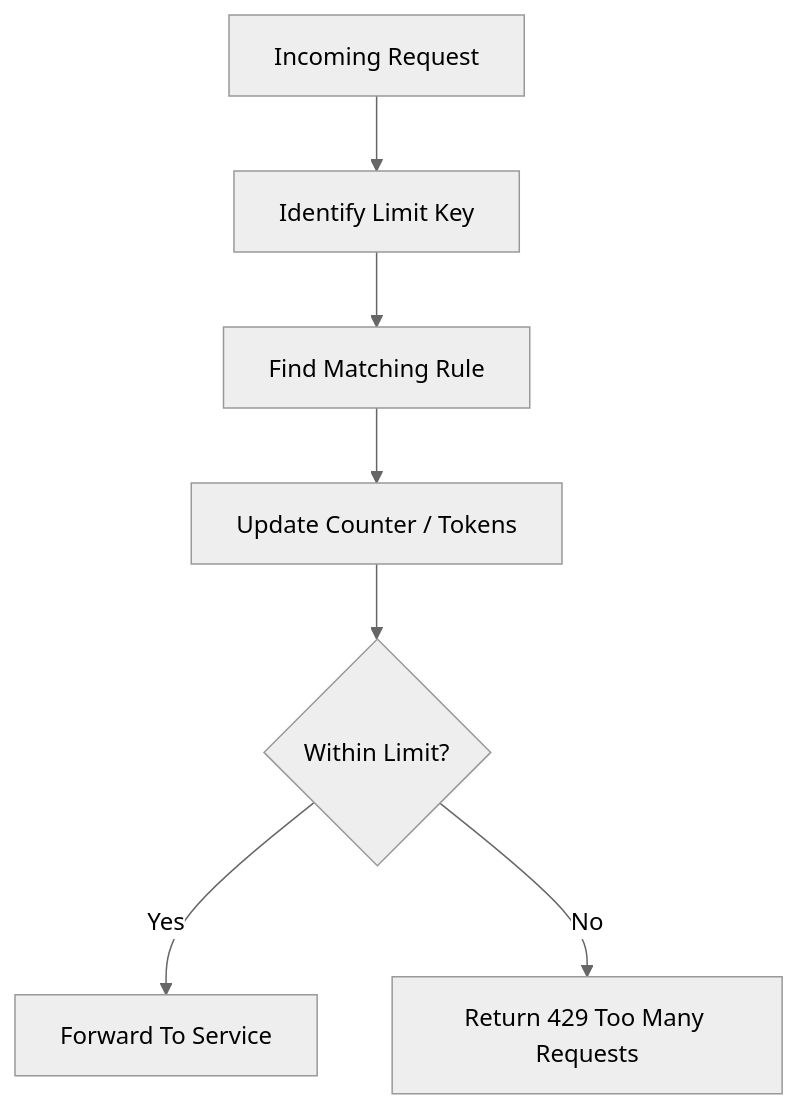
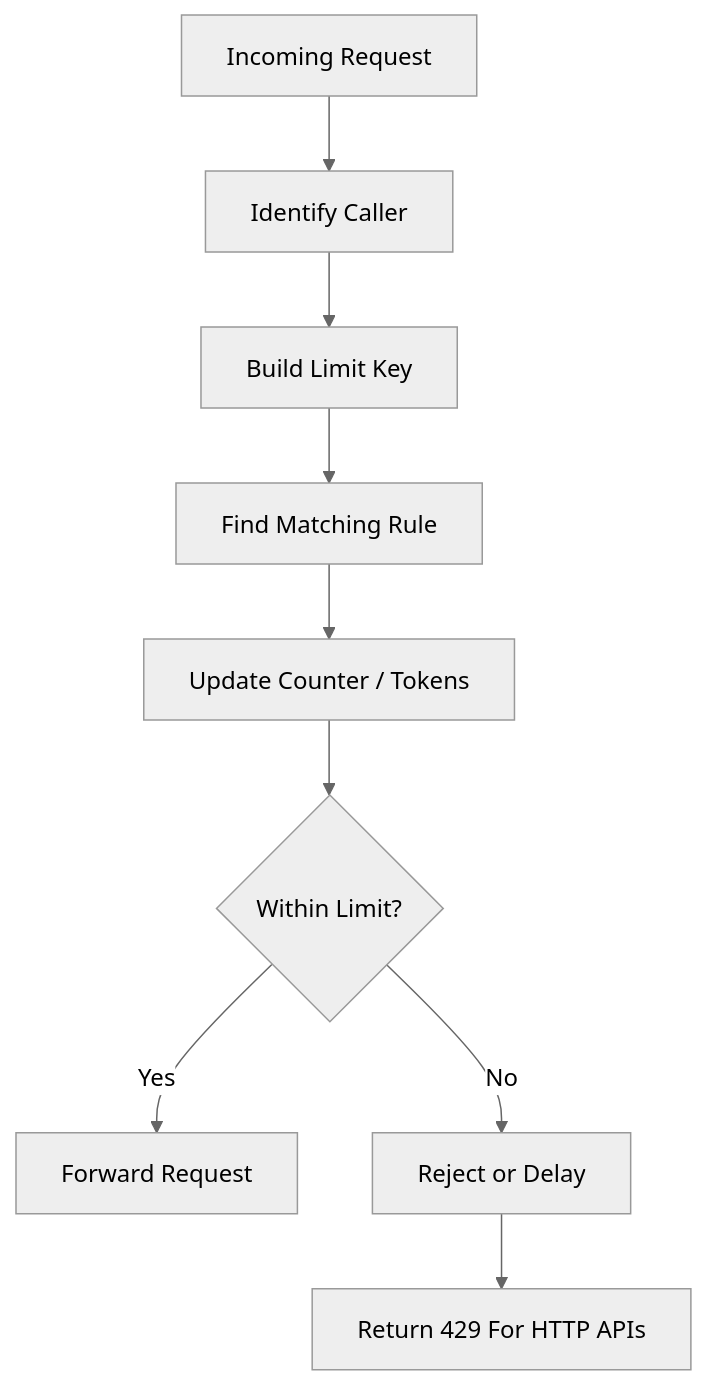
The third of 9 diagrams in 01-fundamentals/ratelimiter.md (shivi11sep/scalable-system-design), drawn with Mermaid (neutral theme) before and after one commit. The commit also changed other lines of this file, not shown here.

````diff
--- a/01-fundamentals/ratelimiter.md
+++ b/01-fundamentals/ratelimiter.md
@@ -125,9 +134,11 @@
 ```mermaid
 flowchart TD
-    A[Incoming Request] --> B[Identify Limit Key]
-    B --> C[Find Matching Rule]
-    C --> D[Update Counter / Tokens]
-    D --> E{Within Limit?}
-    E -->|Yes| F[Forward To Service]
-    E -->|No| G[Return 429 Too Many Requests]
+    A[Incoming Request] --> B[Identify Caller]
+    B --> C[Build Limit Key]
+    C --> D[Find Matching Rule]
+    D --> E[Update Counter / Tokens]
+    E --> F{Within Limit?}
+    F -->|Yes| G[Forward Request]
+    F -->|No| H[Reject or Delay]
+    H --> I[Return 429 For HTTP APIs]
 ```
````
